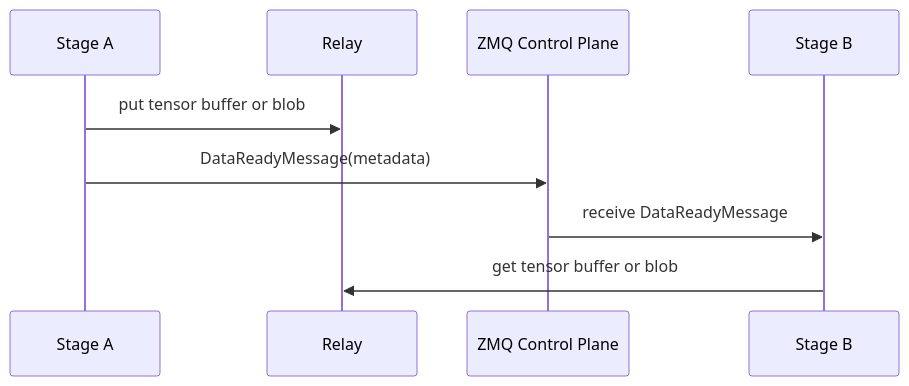
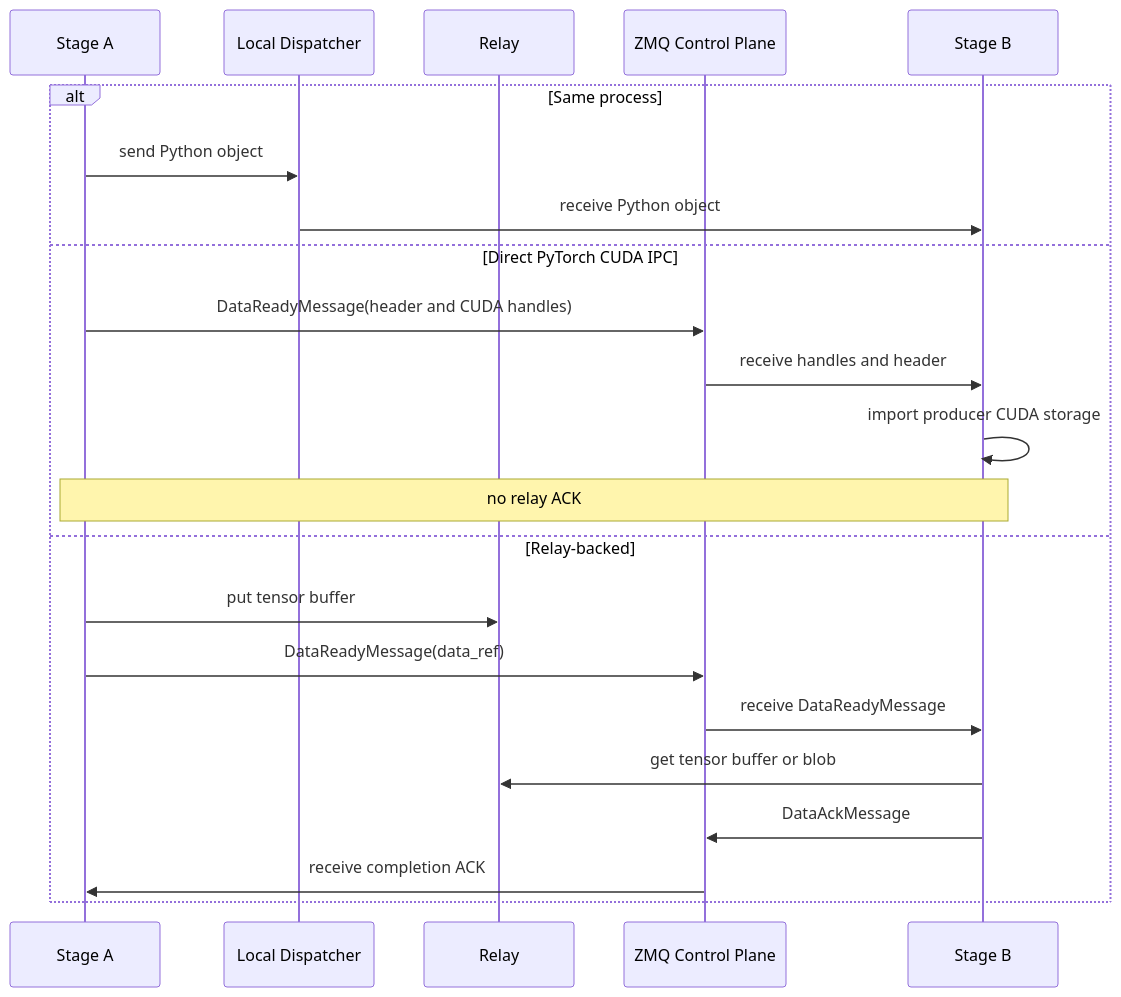
Before and after one commit to evanderfff123-boop/sglang-omni: the diagram in _sources/developer_reference/communication.md, drawn with Mermaid. The commit also changed other lines of this file and 147 other files, not shown here.

````diff
--- a/_sources/developer_reference/communication.md
+++ b/_sources/developer_reference/communication.md
@@ -22,12 +29,25 @@
 ```mermaid
 sequenceDiagram
     participant A as Stage A
+    participant L as Local Dispatcher
     participant R as Relay
     participant Z as ZMQ Control Plane
     participant B as Stage B
 
-    A->>R: put tensor buffer or blob
-    A->>Z: DataReadyMessage(metadata)
-    Z->>B: receive DataReadyMessage
-    B->>R: get tensor buffer or blob
+    alt Same process
+        A->>L: send Python object
+        L->>B: receive Python object
+    else Direct PyTorch CUDA IPC
+        A->>Z: DataReadyMessage(header and CUDA handles)
+        Z->>B: receive handles and header
+        B->>B: import producer CUDA storage
+        Note over A,B: no relay ACK
+    else Relay-backed
+        A->>R: put tensor buffer
+        A->>Z: DataReadyMessage(data_ref)
+        Z->>B: receive DataReadyMessage
+        B->>R: get tensor buffer or blob
+        B->>Z: DataAckMessage
+        Z->>A: receive completion ACK
+    end
 ```
````
